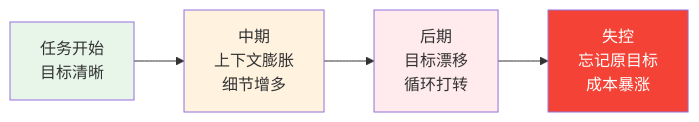
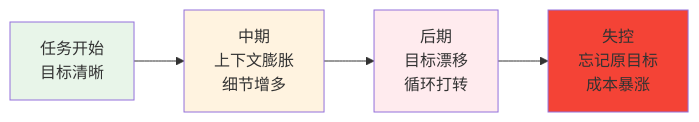
One commit to zht043/AgenticCodingTutorial changed the third of 8 diagrams in docs/ch02-concepts/reference-human-agent-collaboration.md. Above: the diagram before and after it, drawn with Mermaid. The commit also changed 100 other files, not shown here.

````diff
--- a/docs/ch02-concepts/reference-human-agent-collaboration.md
+++ b/docs/ch02-concepts/reference-human-agent-collaboration.md
@@ -118,11 +118,11 @@
 ```mermaid
 flowchart LR
     Start["任务开始<br/>目标清晰"] --> Mid["中期<br/>上下文膨胀<br/>细节增多"]
     Mid --> Late["后期<br/>目标漂移<br/>循环打转"]
     Late --> Fail["失控<br/>忘记原目标<br/>成本暴涨"]
 
     style Start fill:#e8f5e9
     style Mid fill:#fff3e0
     style Late fill:#ffebee
-    style Fail fill:#f44336,color:#fff
+    style Fail fill:#f44336
 ```
````
